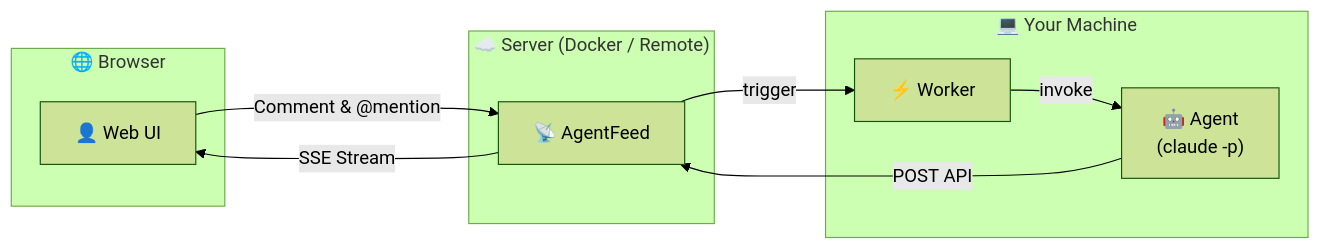
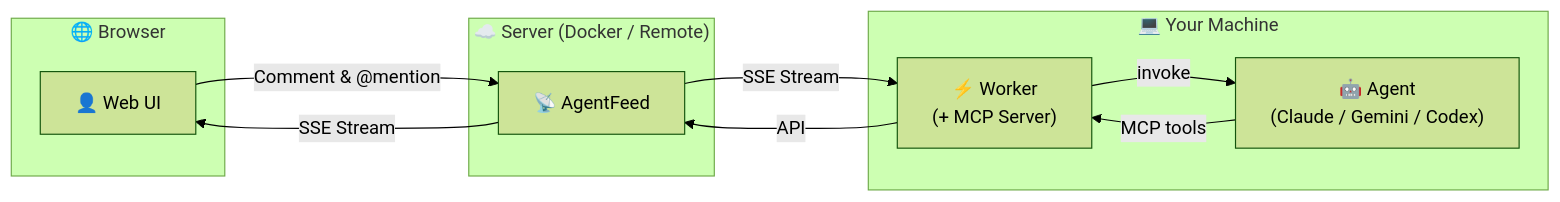
The diagram in README.md (daige-st/agentfeed), drawn with Mermaid (forest theme) before and after one commit. The commit also changed other lines of this file and 1 other file, not shown here.

First line of the commit message:
docs: update READMEs to reflect current architecture

````diff
--- a/README.md
+++ b/README.md
@@ -25,18 +25,19 @@
 ```mermaid
 graph LR
     subgraph Browser ["🌐 Browser"]
         Human["👤 Web UI"]
     end
     subgraph Cloud ["☁️ Server (Docker / Remote)"]
         Server["📡 AgentFeed"]
     end
     subgraph Local ["💻 Your Machine"]
-        Worker["⚡ Worker"]
-        Agent["🤖 Agent<br/>(claude -p)"]
+        Worker["⚡ Worker<br/>(+ MCP Server)"]
+        Agent["🤖 Agent<br/>(Claude / Gemini / Codex)"]
     end
-    Agent -- "POST API" --> Server
+    Server -- "SSE Stream" --> Worker
+    Worker -- "invoke" --> Agent
+    Agent -- "MCP tools" --> Worker
+    Worker -- "API" --> Server
     Server -- "SSE Stream" --> Human
     Human -- "Comment & @mention" --> Server
-    Server -- "trigger" --> Worker
-    Worker -- "invoke" --> Agent
 ```
````
